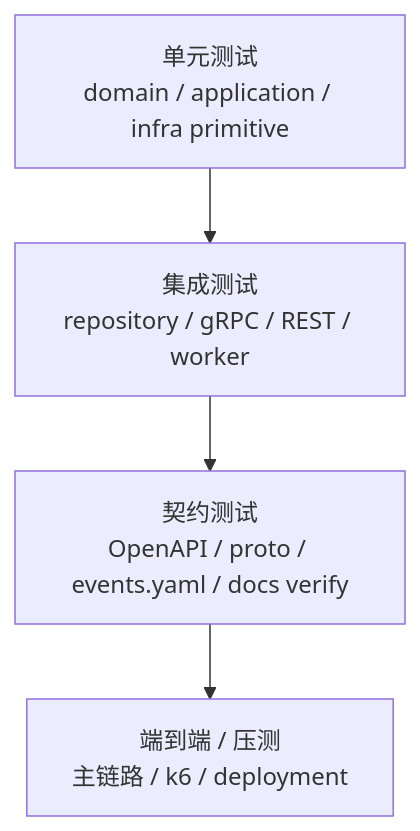
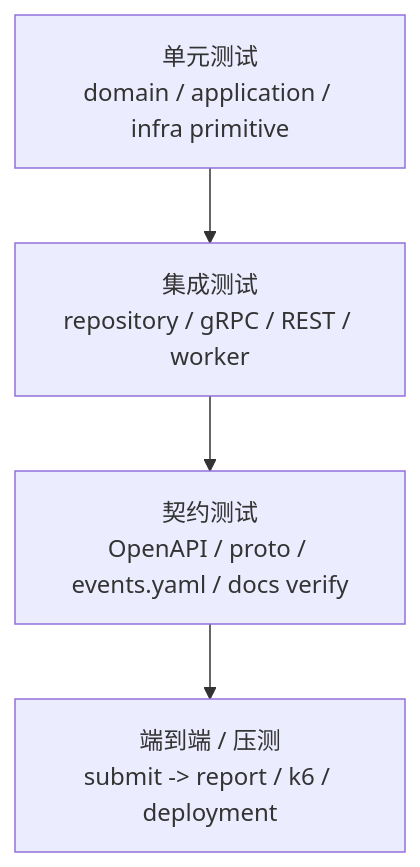
Before and after one commit to FangcunMount/qs-server: the second of 2 diagrams in docs/06-宣讲/08-工程质量与测试讲法.md, drawn with Mermaid. The commit also changed other lines of this file and 25 other files, not shown here.

````diff
--- a/docs/06-宣讲/08-工程质量与测试讲法.md
+++ b/docs/06-宣讲/08-工程质量与测试讲法.md
@@ -300,9 +464,9 @@
 ```mermaid
 flowchart TB
     Unit["单元测试<br/>domain / application / infra primitive"]
     Integration["集成测试<br/>repository / gRPC / REST / worker"]
     Contract["契约测试<br/>OpenAPI / proto / events.yaml / docs verify"]
-    E2E["端到端 / 压测<br/>主链路 / k6 / deployment"]
+    E2E["端到端 / 压测<br/>submit -> report / k6 / deployment"]
 
     Unit --> Integration --> Contract --> E2E
 ```
````
